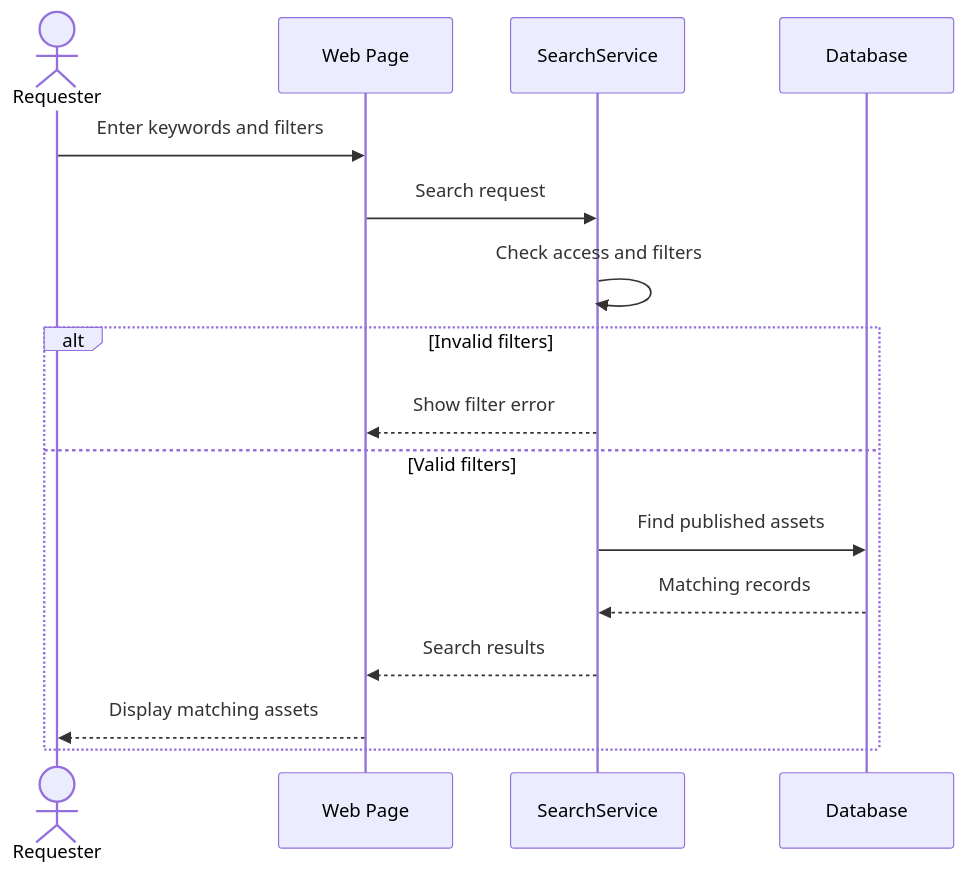
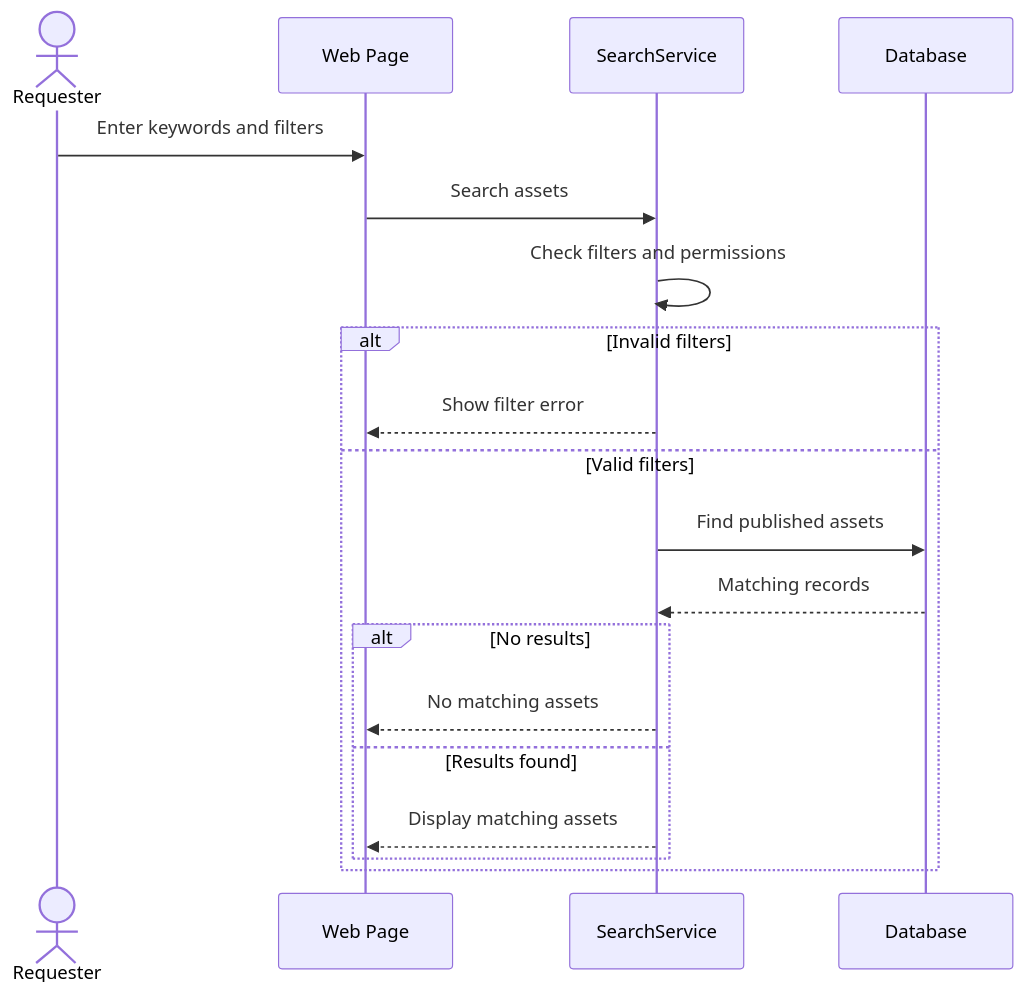
Before and after one commit to Abdulla66541/COSC336-GROUP5: the sixth of 12 diagrams in phase 4-5/01_part1_assets_marketplace_requests.md, drawn with Mermaid. The commit also changed other lines of this file, not shown here.

````diff
--- a/phase 4-5/01_part1_assets_marketplace_requests.md
+++ b/phase 4-5/01_part1_assets_marketplace_requests.md
@@ -421,20 +277,24 @@
 ```mermaid
 sequenceDiagram
     actor RQ as Requester
     participant UI as Web Page
     participant S as SearchService
     participant DB as Database
 
     RQ->>UI: Enter keywords and filters
-    UI->>S: Search request
-    S->>S: Check access and filters
+    UI->>S: Search assets
+    S->>S: Check filters and permissions
 
     alt Invalid filters
         S-->>UI: Show filter error
     else Valid filters
         S->>DB: Find published assets
         DB-->>S: Matching records
-        S-->>UI: Search results
-        UI-->>RQ: Display matching assets
+
+        alt No results
+            S-->>UI: No matching assets
+        else Results found
+            S-->>UI: Display matching assets
+        end
     end
 ```
````
